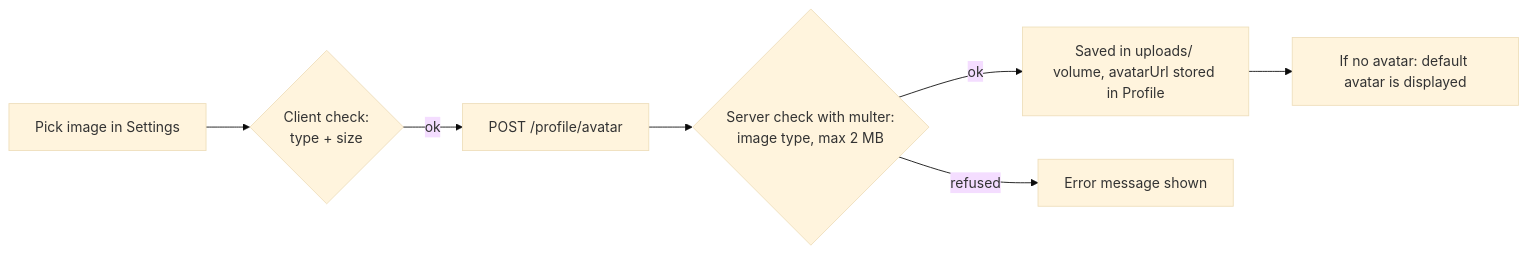
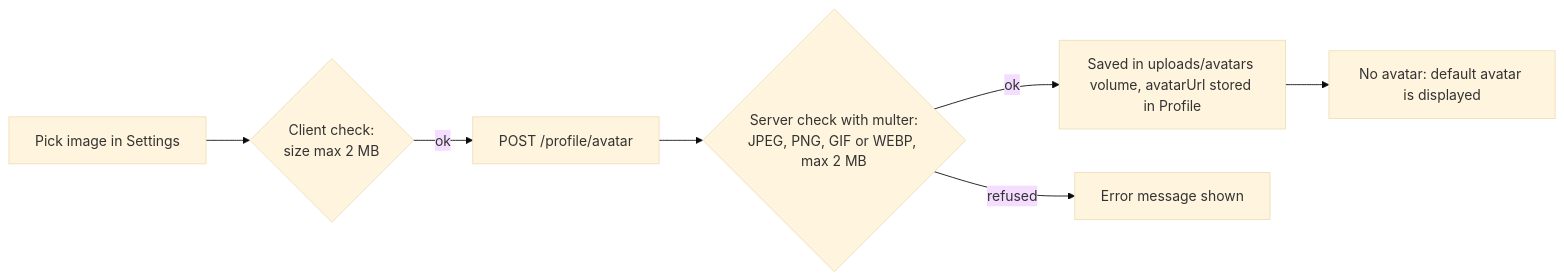
One commit to HanFeg-42/ft_transcendence changed the first of 2 diagrams in docs/architecture/user.md. Above: the diagram before and after it, drawn with Mermaid (base theme). The commit also changed other lines of this file and 7 other files, not shown here.

````diff
--- a/docs/architecture/user.md
+++ b/docs/architecture/user.md
@@ -18,9 +23,9 @@
 ```mermaid
 flowchart LR
-    A[Pick image in Settings] --> B{Client check:<br/>type + size}
+    A[Pick image in Settings] --> B{Client check:<br/>size max 2 MB}
     B -- ok --> C[POST /profile/avatar]
-    C --> D{Server check with multer:<br/>image type, max 2 MB}
-    D -- ok --> E[Saved in uploads/ volume, avatarUrl stored in Profile]
+    C --> D{Server check with multer:<br/>JPEG, PNG, GIF or WEBP, max 2 MB}
+    D -- ok --> E[Saved in uploads/avatars volume, avatarUrl stored in Profile]
     D -- refused --> F[Error message shown]
-    E --> G[If no avatar: default avatar is displayed]
+    E --> G[No avatar: default avatar is displayed]
 ```
````
